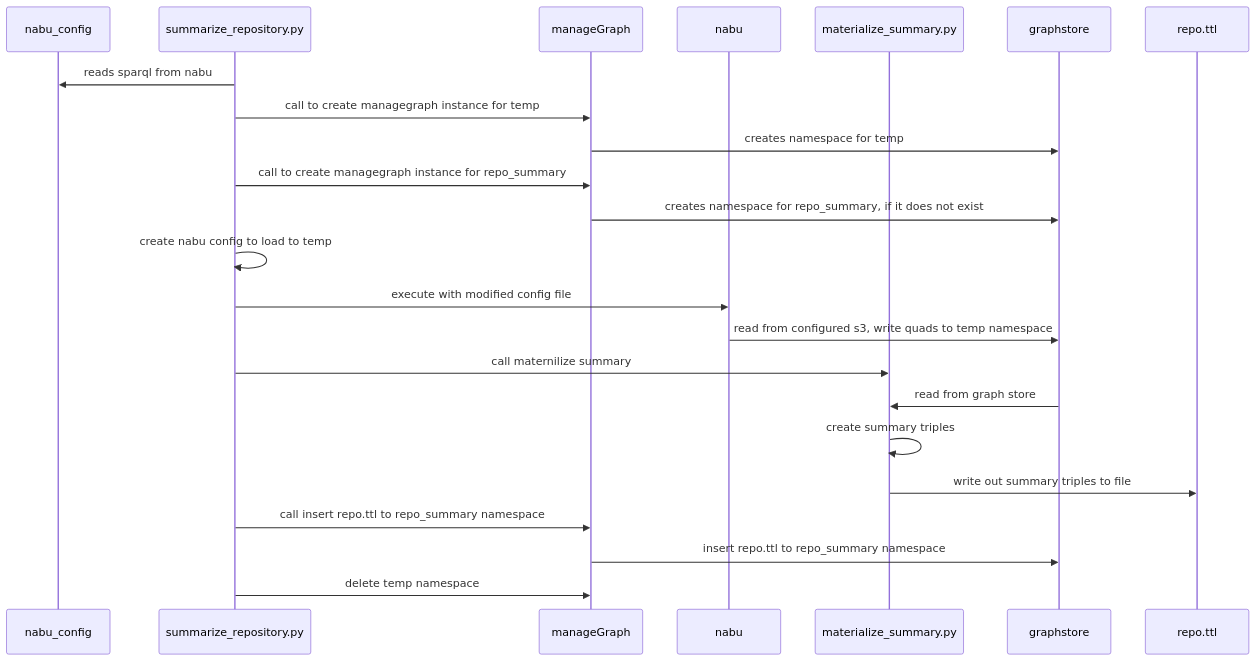
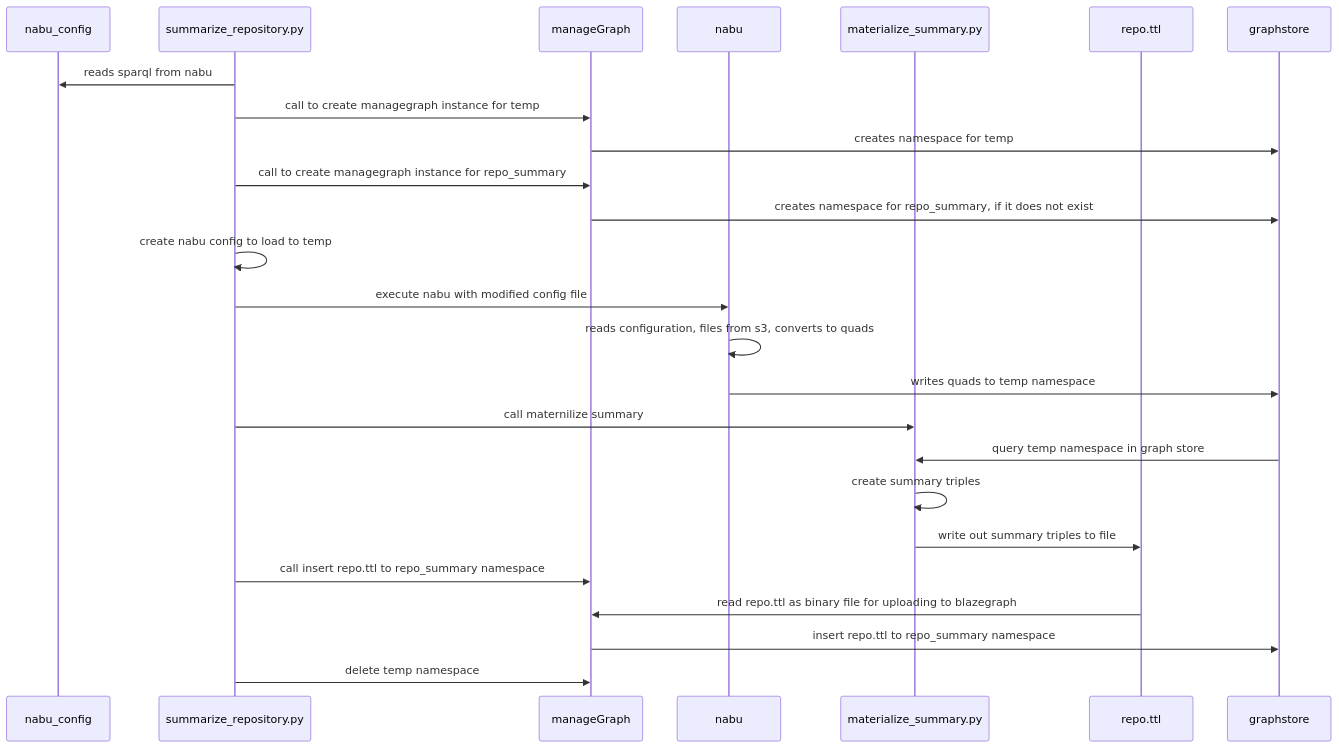
The diagram in summarize/v2_proposal.md (earthcube/earthcube_utilities), drawn with Mermaid before and after one commit.

Commit message:
add a sequence diagram

````diff
--- a/summarize/v2_proposal.md
+++ b/summarize/v2_proposal.md
@@ -56,28 +56,31 @@
 ```mermaid
 sequenceDiagram
     participant nabu_config
     participant summarize_repository.py
     participant manageGraph
     participant nabu
     participant materialize_summary.py
+    participant repo.ttl
     participant graphstore
-    participant repo.ttl
+
     
     summarize_repository.py->>nabu_config: reads sparql from nabu
     summarize_repository.py->>manageGraph: call to create managegraph instance for temp 
     manageGraph->>graphstore: creates namespace  for temp
 
     summarize_repository.py->>manageGraph: call to create managegraph instance for repo_summary 
     manageGraph->>graphstore: creates namespace  for repo_summary, if it does not exist
     summarize_repository.py->>summarize_repository.py: create nabu config to load to temp  
-    summarize_repository.py->>nabu:  execute with modified config file 
-    nabu->>graphstore: read from configured s3, write quads to temp namespace
+    summarize_repository.py->>nabu:  execute nabu with modified config file
+    nabu->>nabu:  reads configuration, files from s3, converts to quads 
+    nabu->>graphstore:  writes quads to temp namespace
     summarize_repository.py->>materialize_summary.py: call maternilize summary
-    graphstore->>materialize_summary.py: read from graph store
+    graphstore->>materialize_summary.py: query temp namespace in graph store
     materialize_summary.py->>materialize_summary.py: create summary triples
     materialize_summary.py->>repo.ttl: write out summary triples to file
     summarize_repository.py->>manageGraph: call insert repo.ttl to repo_summary namespace
+    repo.ttl->>manageGraph: read repo.ttl as binary file for uploading to blazegraph
     manageGraph->>graphstore: insert repo.ttl to repo_summary namespace
     summarize_repository.py->>manageGraph: delete temp namespace
     
 ```
````
